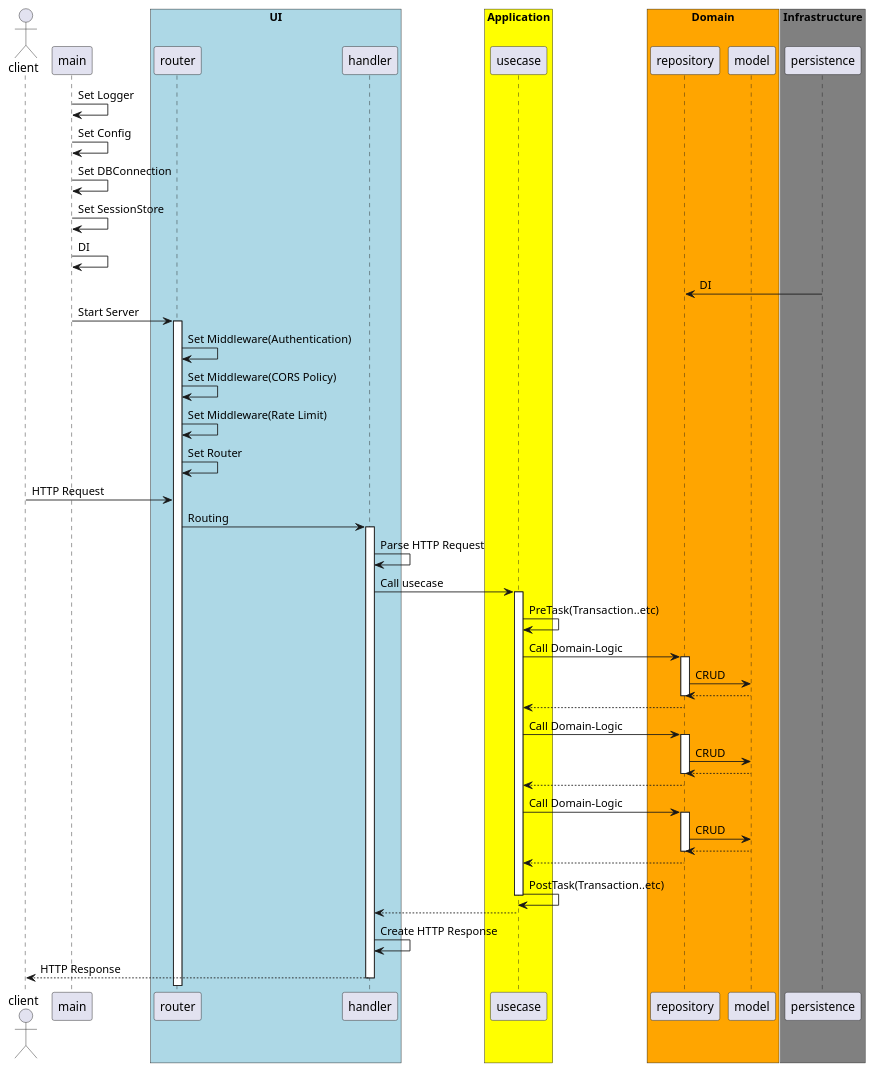
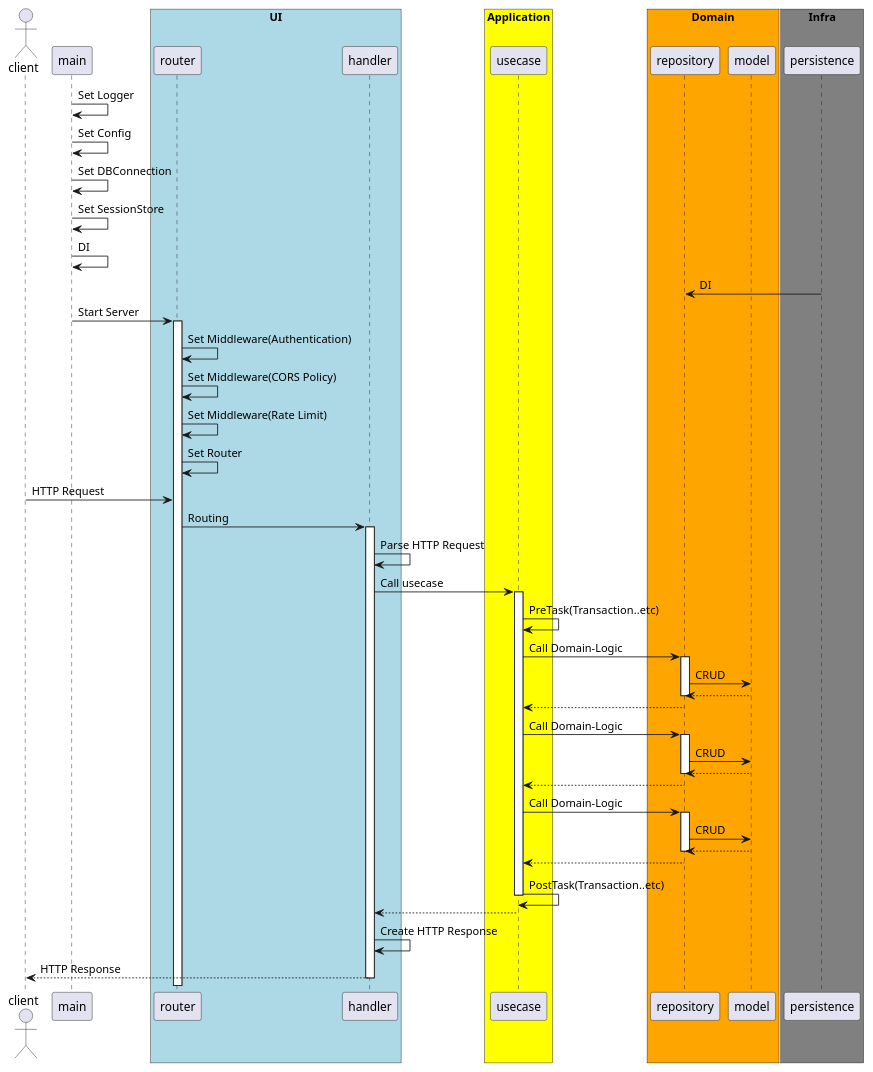
The diagram in docs/sequence.pu (oshou/AwesomeMusic-api), drawn with PlantUML before and after one commit. The commit also changed 39 other files, not shown here.

```diff
--- a/docs/sequence.pu
+++ b/docs/sequence.pu
@@ -2,62 +2,62 @@
 @startuml
 actor client
 participant main
 box "UI" #LightBlue
   participant router
   participant handler
 end box
 box "Application" #Yellow
   participant usecase
 end box
 box "Domain" #Orange
   participant repository
   participant model
 end box
-box "Infrastructure" #Gray
+box "Infra" #Gray
   participant persistence
 end box
 
 main -> main: Set Logger
 main -> main: Set Config
 main -> main: Set DBConnection
 main -> main: Set SessionStore
 main -> main: DI
 persistence -> repository: DI
 main -> router: Start Server
 activate router
 router -> router: Set Middleware(Authentication)
 router -> router: Set Middleware(CORS Policy)
 router -> router: Set Middleware(Rate Limit)
 router -> router: Set Router
 client -> router : HTTP Request
 router -> handler: Routing
 activate handler
 handler -> handler: Parse HTTP Request
 handler -> usecase: Call usecase
 activate usecase
 usecase -> usecase: PreTask(Transaction..etc)
 usecase -> repository: Call Domain-Logic
 activate repository
 repository -> model: CRUD
 repository <-- model:
 deactivate repository
 usecase <-- repository:
 usecase -> repository: Call Domain-Logic
 activate repository
 repository -> model: CRUD
 repository <-- model:
 deactivate repository
 usecase <-- repository:
 usecase -> repository: Call Domain-Logic
 activate repository
 repository -> model: CRUD
 repository <-- model:
 deactivate repository
 usecase <-- repository:
 usecase -> usecase: PostTask(Transaction..etc)
 deactivate usecase
 handler <-- usecase:
 handler -> handler: Create HTTP Response
 client <-- handler: HTTP Response
 deactivate handler
 @enduml
```
